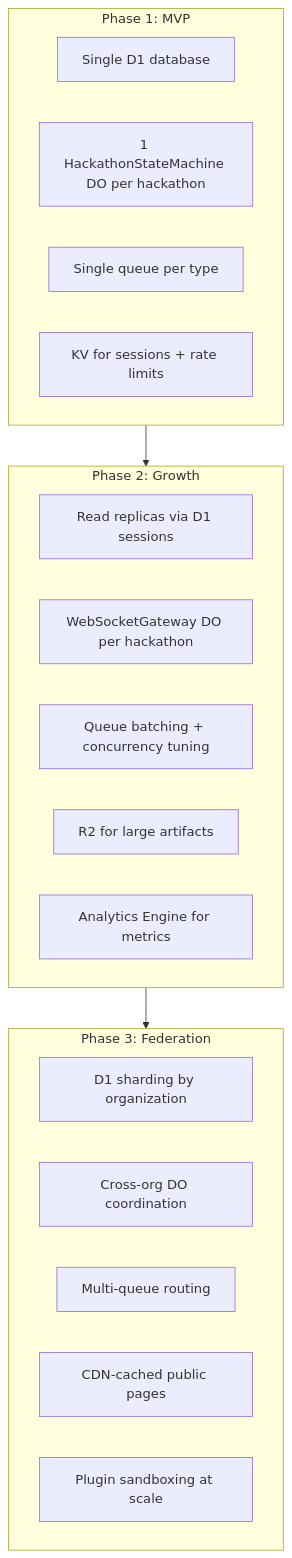
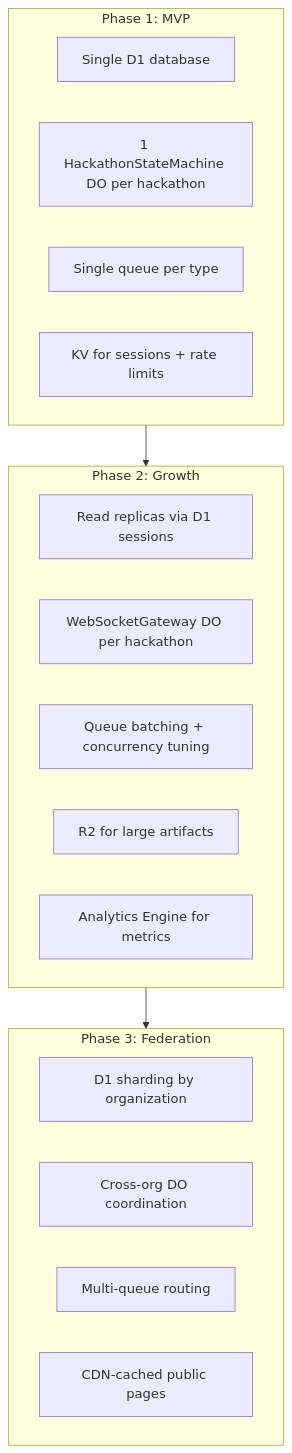
One commit to devangshupandey2025-stack/DevSage changed the seventh of 8 diagrams in docs/v3/planned/00-overview.md. Above: the diagram before and after it, drawn with Mermaid. The commit also changed other lines of this file, not shown here.

First line of the commit message:
docs(overview): simplify platform architecture for Phase 1

````diff
--- a/docs/v3/planned/00-overview.md
+++ b/docs/v3/planned/00-overview.md
@@ -469,27 +468,27 @@
 ```mermaid
 flowchart TD
     subgraph Phase1["Phase 1: MVP"]
         P1A["Single D1 database"]
         P1B["1 HackathonStateMachine DO per hackathon"]
         P1C["Single queue per type"]
         P1D["KV for sessions + rate limits"]
     end
 
     subgraph Phase2["Phase 2: Growth"]
         P2A["Read replicas via D1 sessions"]
         P2B["WebSocketGateway DO per hackathon"]
         P2C["Queue batching + concurrency tuning"]
         P2D["R2 for large artifacts"]
         P2E["Analytics Engine for metrics"]
     end
 
     subgraph Phase3["Phase 3: Federation"]
         P3A["D1 sharding by organization"]
         P3B["Cross-org DO coordination"]
         P3C["Multi-queue routing"]
         P3D["CDN-cached public pages"]
-        P3E["Plugin sandboxing at scale"]
+
     end
 
     Phase1 --> Phase2 --> Phase3
 ```
````
